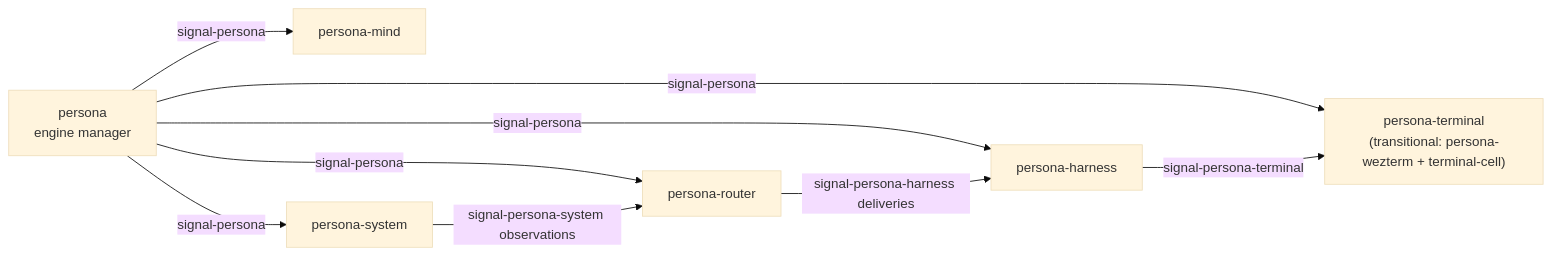
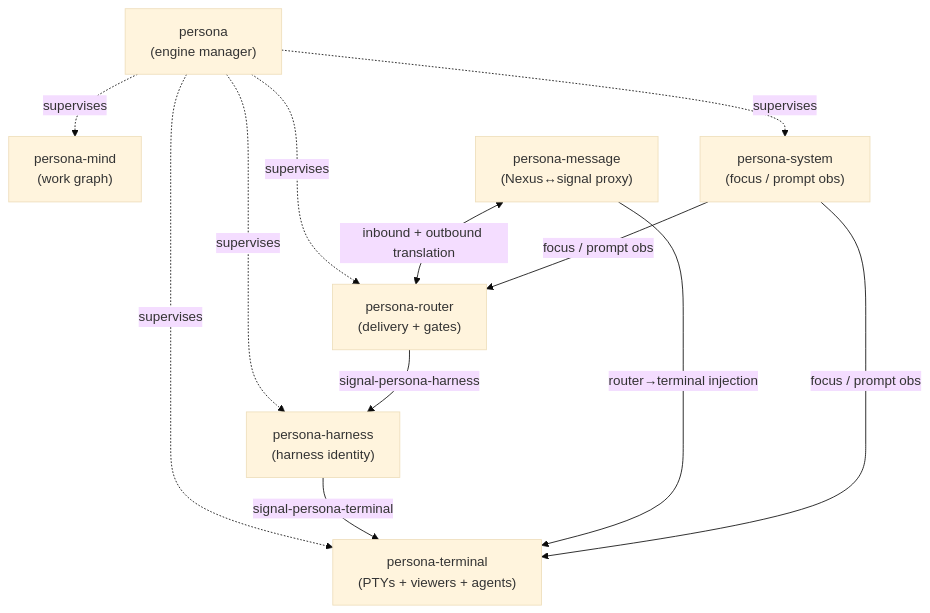
Before and after one commit to LiGoldragon/primary: the second of 18 diagrams in reports/designer/114-persona-vision-as-of-2026-05-11.md, drawn with Mermaid (base theme). The commit also changed other lines of this file, not shown here.

Commit message:
designer/114: apply Li 2026-05-11 corrections — drop WezTerm, add persona-message proxy visibly, system→terminal edge, smaller diagrams (3 instead of 1), agents inside terminal-cell, human-only-via-agent model

````diff
--- a/reports/designer/114-persona-vision-as-of-2026-05-11.md
+++ b/reports/designer/114-persona-vision-as-of-2026-05-11.md
@@ -172,19 +100,25 @@
 ```mermaid
-flowchart LR
-    mgr["persona<br/>engine manager"]
-    mind_node["persona-mind"]
-    router_node["persona-router"]
-    system_node["persona-system"]
-    harness_node["persona-harness"]
-    term_node["persona-terminal<br/>(transitional: persona-wezterm + terminal-cell)"]
+flowchart TB
+    mgr["persona<br/>(engine manager)"]
 
-    mgr -->|signal-persona| mind_node
-    mgr -->|signal-persona| router_node
-    mgr -->|signal-persona| system_node
-    mgr -->|signal-persona| harness_node
-    mgr -->|signal-persona| term_node
+    mind["persona-mind<br/>(work graph)"]
+    msg["persona-message<br/>(Nexus↔signal proxy)"]
+    router["persona-router<br/>(delivery + gates)"]
+    system["persona-system<br/>(focus / prompt obs)"]
+    harness["persona-harness<br/>(harness identity)"]
+    terminal["persona-terminal<br/>(PTYs + viewers + agents)"]
 
-    system_node -->|signal-persona-system observations| router_node
-    router_node -->|signal-persona-harness deliveries| harness_node
-    harness_node -->|signal-persona-terminal| term_node
+    mgr -.->|supervises| mind
+    mgr -.->|supervises| router
+    mgr -.->|supervises| system
+    mgr -.->|supervises| harness
+    mgr -.->|supervises| terminal
+
+    msg <-->|inbound + outbound translation| router
+    router -->|signal-persona-harness| harness
+    harness -->|signal-persona-terminal| terminal
+    msg -->|router→terminal injection| terminal
+
+    system -->|focus / prompt obs| router
+    system -->|focus / prompt obs| terminal
 ```
````
